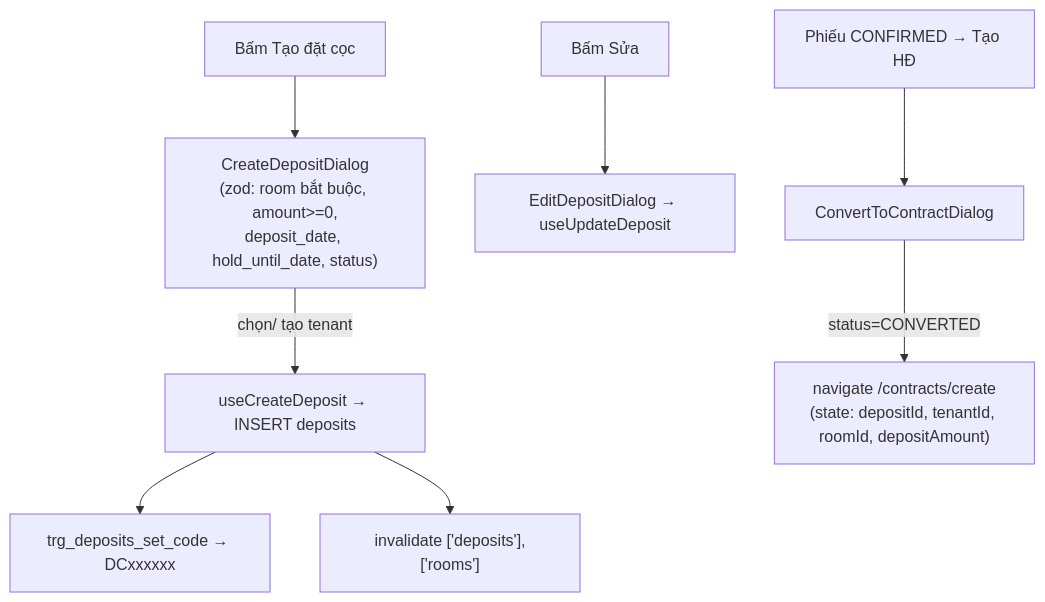
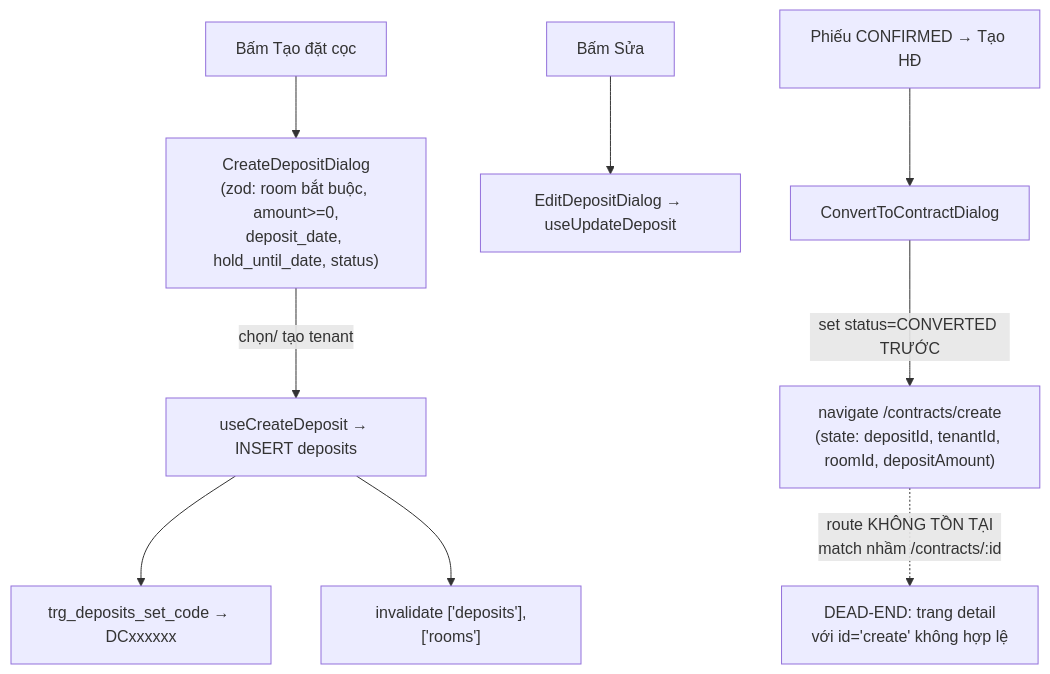
Before and after one commit to zxGreenxz/whiteboard-ihomecrm: the fourth of 5 diagrams in docs/he-thong/04-coc-giu-cho.md, drawn with Mermaid. The commit also changed other lines of this file and 17 other files, not shown here.

````diff
--- a/docs/he-thong/04-coc-giu-cho.md
+++ b/docs/he-thong/04-coc-giu-cho.md
@@ -286,10 +383,11 @@
 ```mermaid
 flowchart TD
     A["Bấm Tạo đặt cọc"] --> B["CreateDepositDialog<br/>(zod: room bắt buộc, amount>=0,<br/>deposit_date, hold_until_date, status)"]
     B -->|chọn/ tạo tenant| C["useCreateDeposit → INSERT deposits"]
     C --> D["trg_deposits_set_code → DCxxxxxx"]
     C --> E["invalidate ['deposits'],['rooms']"]
     F["Bấm Sửa"] --> G["EditDepositDialog → useUpdateDeposit"]
     H["Phiếu CONFIRMED → Tạo HĐ"] --> I["ConvertToContractDialog"]
-    I -->|status=CONVERTED| J["navigate /contracts/create<br/>(state: depositId, tenantId, roomId, depositAmount)"]
+    I -->|"set status=CONVERTED TRƯỚC"| J["navigate /contracts/create<br/>(state: depositId, tenantId, roomId, depositAmount)"]
+    J -.->|"route KHÔNG TỒN TẠI<br/>match nhầm /contracts/:id"| K["DEAD-END: trang detail<br/>với id='create' không hợp lệ"]
 ```
````
